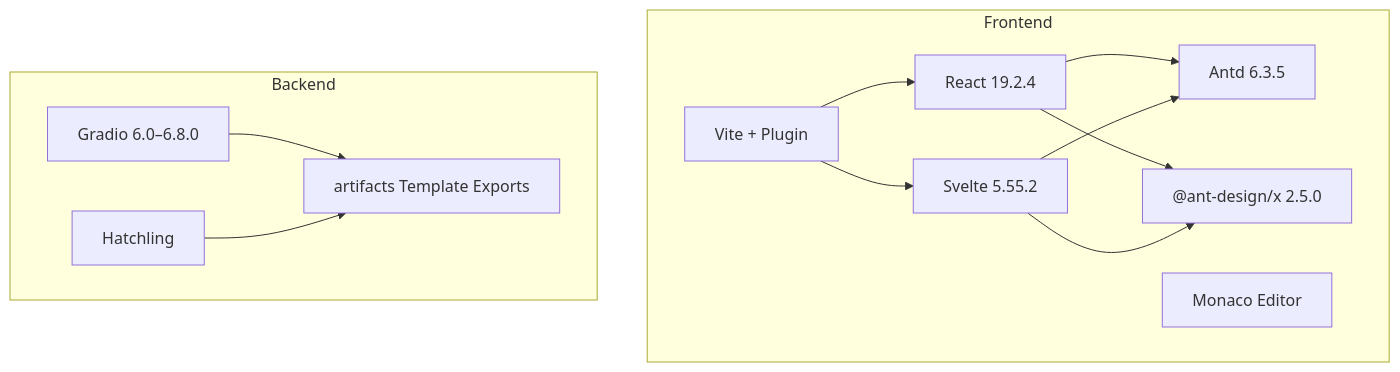
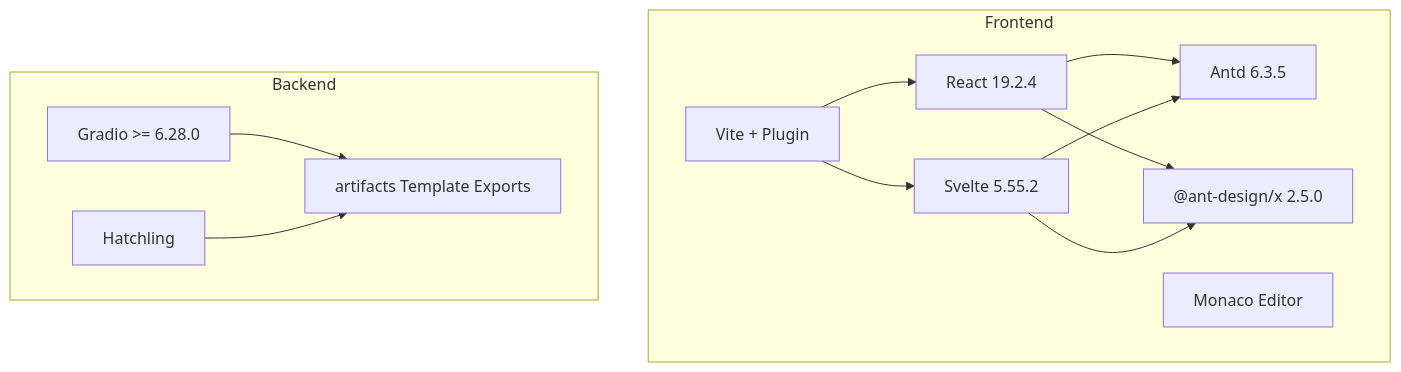
Before and after one commit to modelscope/modelscope-studio: the seventh of 7 diagrams in .wiki/en/Project Overview/Tech Stack.md, drawn with Mermaid. The commit also changed other lines of this file and 13 other files, not shown here.

````diff
--- a/.wiki/en/Project Overview/Tech Stack.md
+++ b/.wiki/en/Project Overview/Tech Stack.md
@@ -309,24 +309,24 @@
 ```mermaid
 graph TB
 subgraph "Frontend"
 R["React 19.2.4"]
 AD["Antd 6.3.5"]
 AFX["@ant-design/x 2.5.0"]
 SV["Svelte 5.55.2"]
 ME["Monaco Editor"]
 VR["Vite + Plugin"]
 end
 subgraph "Backend"
-GR["Gradio 6.0–6.8.0"]
+GR["Gradio >= 6.28.0"]
 HN["Hatchling"]
 ART["artifacts Template Exports"]
 end
 R --> AD
 R --> AFX
 SV --> AD
 SV --> AFX
 VR --> R
 VR --> SV
 GR --> ART
 HN --> ART
 ```
````
